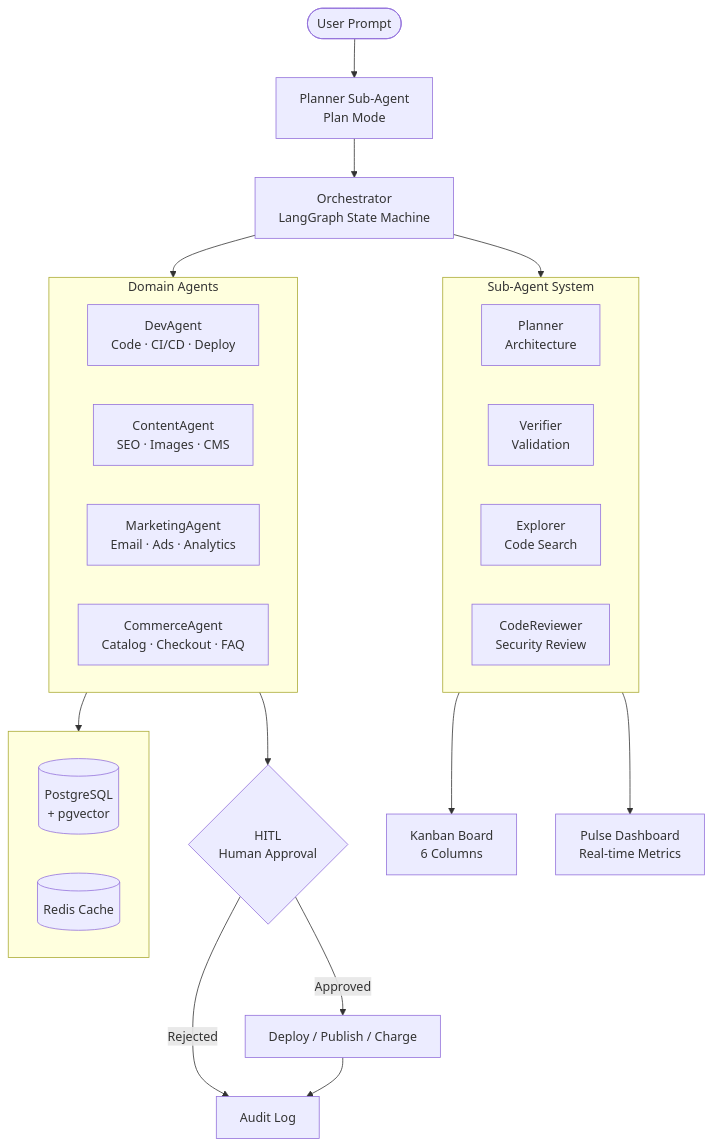
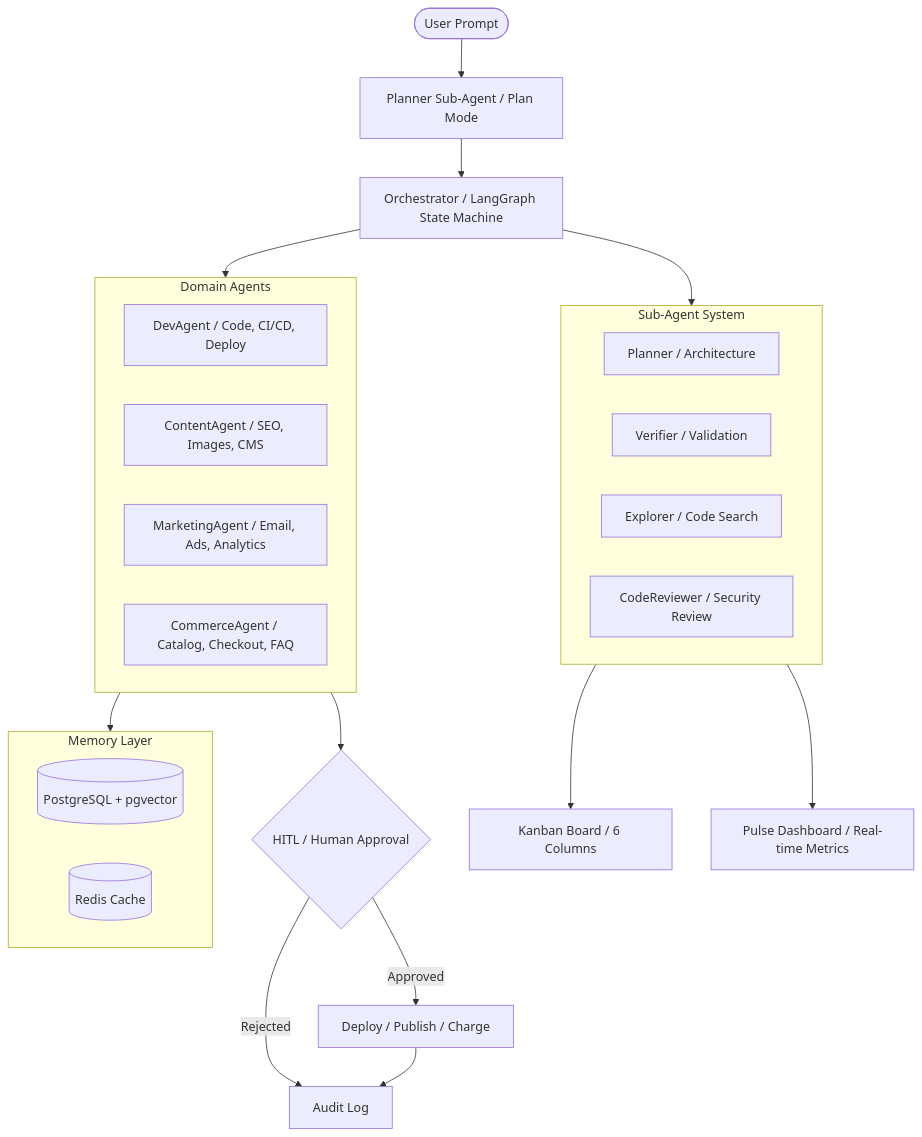
Before and after one commit to HiTechTN/agentos: the diagram in README.md, drawn with Mermaid.

Commit message:
fix(readme): fix Mermaid diagram syntax for GitHub rendering
- Replace <br/> with / for line breaks
- Replace · (middle dot) with , for lists
- Fix empty subgraph label 'Memory' -> 'Memory Layer'
- Remove special characters that break GitHub Mermaid renderer

````diff
--- a/README.md
+++ b/README.md
@@ -57,35 +57,35 @@
 ```mermaid
 flowchart TB
-    User([User Prompt]) --> Plan[Planner Sub-Agent<br/>Plan Mode]
-    Plan --> Orch[Orchestrator<br/>LangGraph State Machine]
+    User([User Prompt]) --> Plan[Planner Sub-Agent / Plan Mode]
+    Plan --> Orch[Orchestrator / LangGraph State Machine]
 
     subgraph SubAgents["Sub-Agent System"]
-        Planner[Planner<br/>Architecture]
-        Verifier[Verifier<br/>Validation]
-        Explorer[Explorer<br/>Code Search]
-        Reviewer[CodeReviewer<br/>Security Review]
+        Planner[Planner / Architecture]
+        Verifier[Verifier / Validation]
+        Explorer[Explorer / Code Search]
+        Reviewer[CodeReviewer / Security Review]
     end
 
     subgraph Agents["Domain Agents"]
-        Dev[DevAgent<br/>Code · CI/CD · Deploy]
-        Content[ContentAgent<br/>SEO · Images · CMS]
-        Marketing[MarketingAgent<br/>Email · Ads · Analytics]
-        Commerce[CommerceAgent<br/>Catalog · Checkout · FAQ]
+        Dev[DevAgent / Code, CI/CD, Deploy]
+        Content[ContentAgent / SEO, Images, CMS]
+        Marketing[MarketingAgent / Email, Ads, Analytics]
+        Commerce[CommerceAgent / Catalog, Checkout, FAQ]
     end
 
     Orch --> SubAgents
     Orch --> Agents
 
-    subgraph Memory[" "]
-        PG[(PostgreSQL<br/>+ pgvector)]
+    subgraph Memory["Memory Layer"]
+        PG[(PostgreSQL + pgvector)]
         RC[(Redis Cache)]
     end
 
     Agents --> Memory
-    Agents --> HITL{HITL<br/>Human Approval}
+    Agents --> HITL{HITL / Human Approval}
     HITL -->|Approved| Output[Deploy / Publish / Charge]
     HITL -->|Rejected| Log[Audit Log]
     Output --> Log
-    SubAgents --> Kanban[Kanban Board<br/>6 Columns]
-    SubAgents --> Pulse[Pulse Dashboard<br/>Real-time Metrics]
+    SubAgents --> Kanban[Kanban Board / 6 Columns]
+    SubAgents --> Pulse[Pulse Dashboard / Real-time Metrics]
 ```
````
